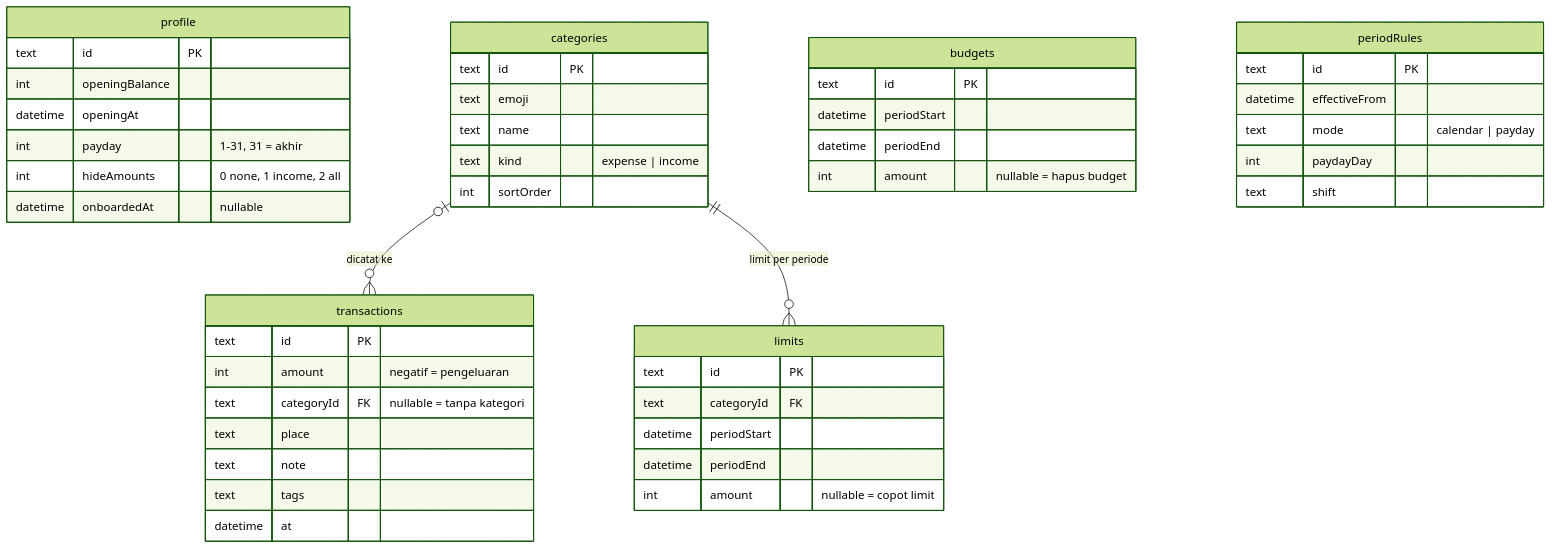
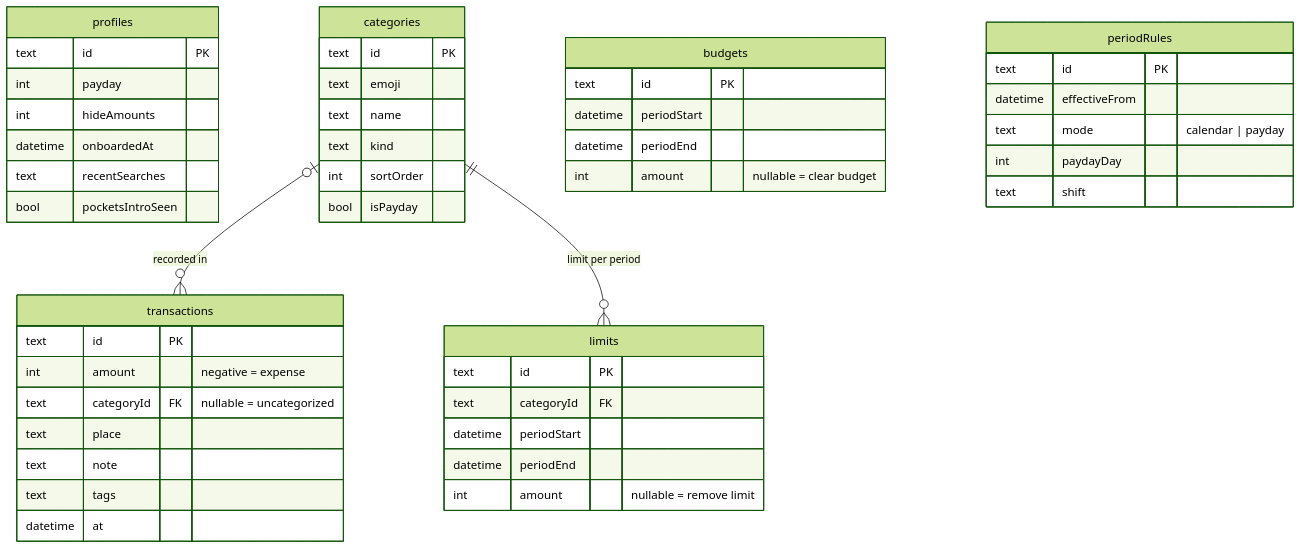
The diagram in docs/mvp.md (choiruladamm/mibu), drawn with Mermaid (forest theme) before and after one commit. The commit also changed other lines of this file and 11 other files, not shown here.

````diff
--- a/docs/mvp.md
+++ b/docs/mvp.md
@@ -36,49 +24,50 @@
 ```mermaid
 erDiagram
-    profile {
+    profiles {
         text id PK
-        int openingBalance
-        datetime openingAt
-        int payday "1-31, 31 = akhir"
-        int hideAmounts "0 none, 1 income, 2 all"
-        datetime onboardedAt "nullable"
+        int payday
+        int hideAmounts
+        datetime onboardedAt
+        text recentSearches
+        bool pocketsIntroSeen
     }
     categories {
         text id PK
         text emoji
         text name
-        text kind "expense | income"
+        text kind
         int sortOrder
+        bool isPayday
     }
     transactions {
         text id PK
-        int amount "negatif = pengeluaran"
-        text categoryId FK "nullable = tanpa kategori"
+        int amount "negative = expense"
+        text categoryId FK "nullable = uncategorized"
         text place
         text note
         text tags
         datetime at
     }
     budgets {
         text id PK
         datetime periodStart
         datetime periodEnd
-        int amount "nullable = hapus budget"
+        int amount "nullable = clear budget"
     }
     limits {
         text id PK
         text categoryId FK
         datetime periodStart
         datetime periodEnd
-        int amount "nullable = copot limit"
+        int amount "nullable = remove limit"
     }
     periodRules {
         text id PK
         datetime effectiveFrom
         text mode "calendar | payday"
         int paydayDay
         text shift
     }
-    categories |o--o{ transactions : "dicatat ke"
-    categories ||--o{ limits : "limit per periode"
+    categories |o--o{ transactions : "recorded in"
+    categories ||--o{ limits : "limit per period"
 ```
````
